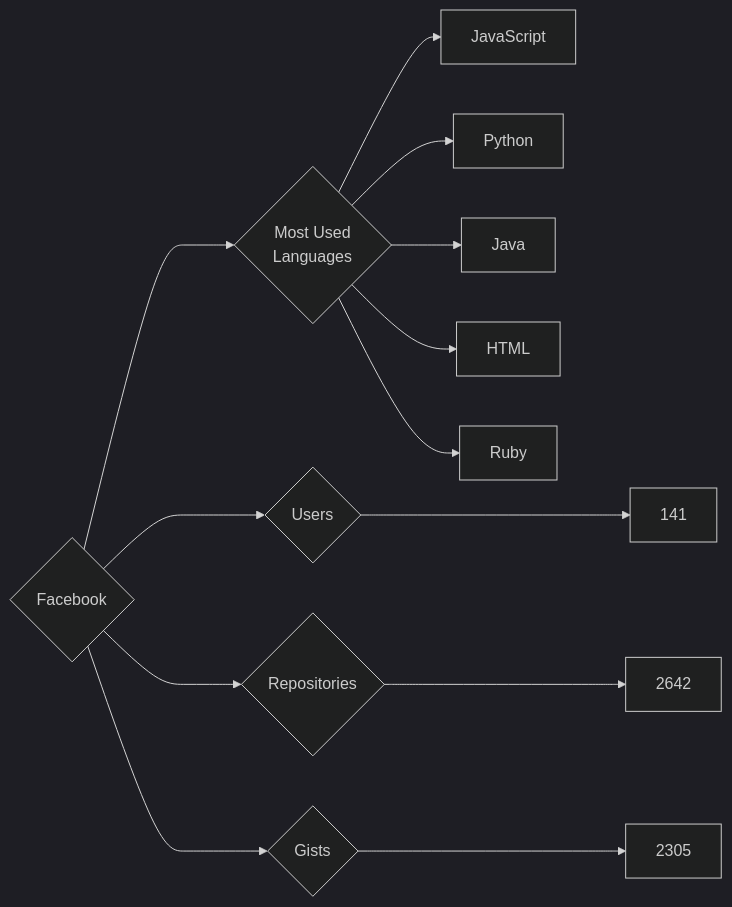
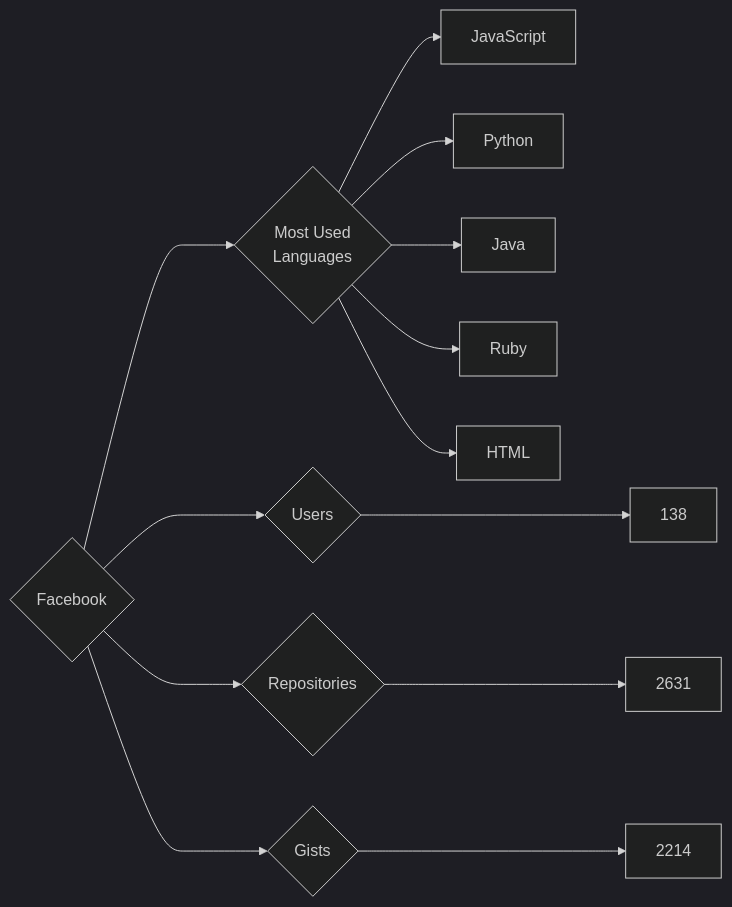
The diagram in targets/Facebook/README.md (trickest/insiders), drawn with Mermaid (dark theme) before and after one commit. The commit also changed 951 other files, not shown here.

````diff
--- a/targets/Facebook/README.md
+++ b/targets/Facebook/README.md
@@ -3,13 +3,13 @@
 ```mermaid
 graph LR
 COMPANY_NAME{Facebook}
-COMPANY_NAME ---> U{Users} ---> UN[141]
-COMPANY_NAME ---> R{Repositories} ---> RN[2642]
-COMPANY_NAME ---> G{Gists} ---> GN[2305]
+COMPANY_NAME ---> U{Users} ---> UN[138]
+COMPANY_NAME ---> R{Repositories} ---> RN[2631]
+COMPANY_NAME ---> G{Gists} ---> GN[2214]
 COMPANY_NAME ---> ML{Most Used<br>Languages}
-ML --> JavaScript
-ML --> Python
-ML --> Java
-ML --> HTML
-ML --> Ruby
+ML --> JavaScript[JavaScript]
+ML --> Python[Python]
+ML --> Java[Java]
+ML --> Ruby[Ruby]
+ML --> HTML[HTML]
 ```
````
